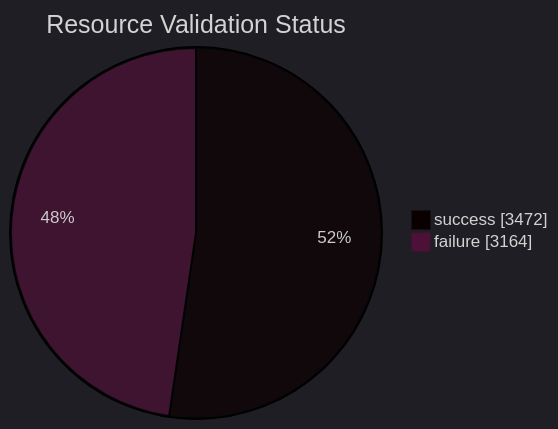
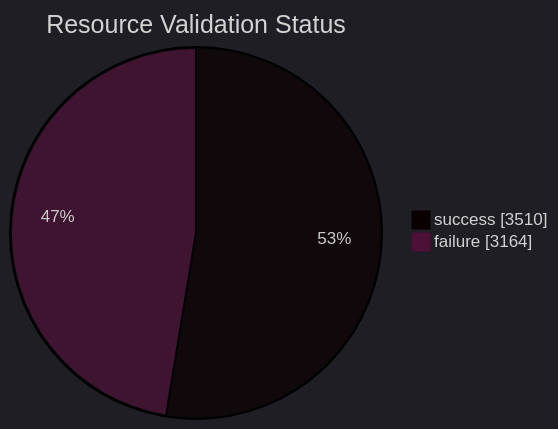
One commit to open-data/analytics-corporate-reporting changed the diagram in datastore_tracker/resource_validation_status_pie_chart.md. Above: the diagram before and after it, drawn with Mermaid. The commit also changed 9 other files, not shown here.

````diff
--- a/datastore_tracker/resource_validation_status_pie_chart.md
+++ b/datastore_tracker/resource_validation_status_pie_chart.md
@@ -2,9 +2,9 @@
 ```mermaid
 ---
 config:
   theme: dark
 ---
 pie showData title Resource Validation Status
-    "success": 3472
+    "success": 3510
     "failure": 3164
 ```
````
